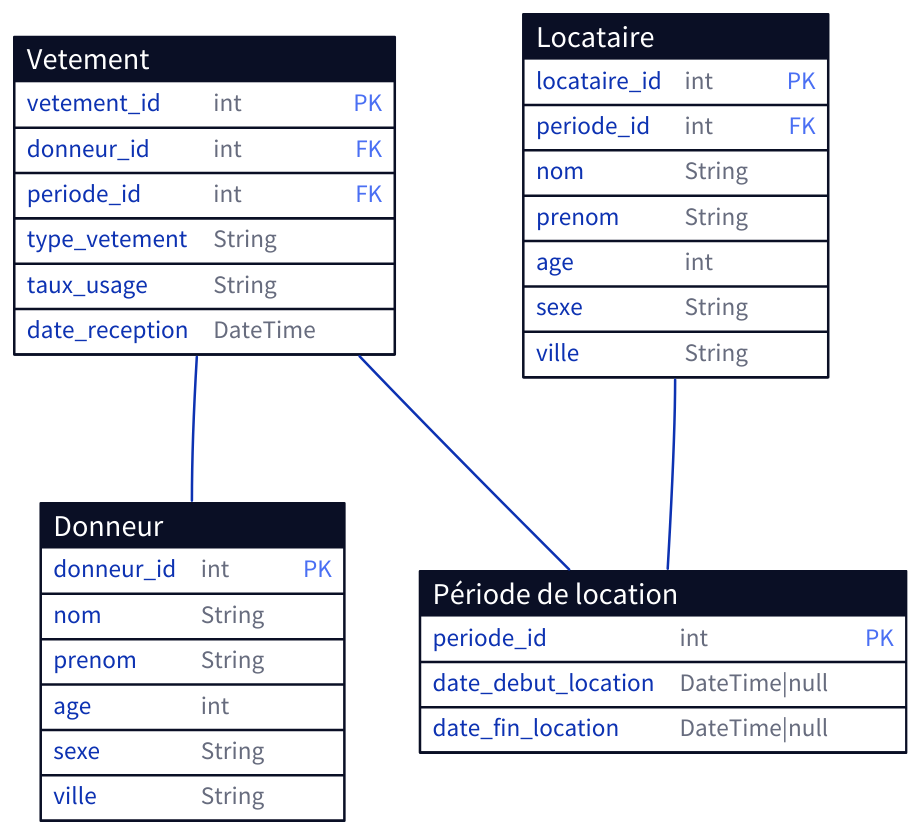
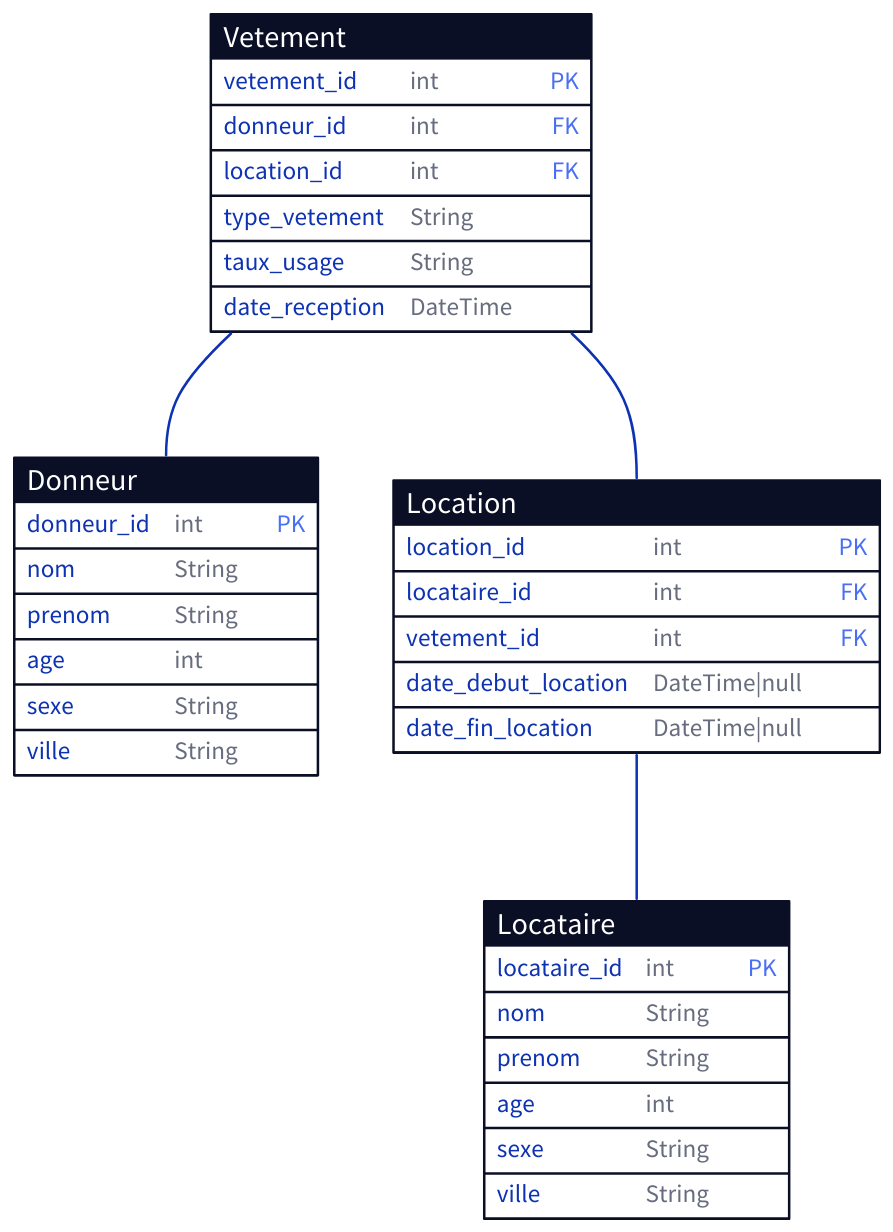
One commit to Adidooouuu/inventaire_armoire changed the diagram in location_vetement.d2. Above: the diagram before and after it, drawn with D2. The commit also changed 7 other files, not shown here.

```diff
--- a/location_vetement.d2
+++ b/location_vetement.d2
@@ -1,44 +1,44 @@
 # Location vêtements
 
 Vetement: {
   shape: sql_table
   vetement_id: int {constraint: primary_key}
   donneur_id: int {constraint: foreign_key}
-  periode_id: int {constraint: foreign_key}
+  location_id: int {constraint: foreign_key}
   type_vetement: String
   taux_usage: String
   date_reception: DateTime
 }
 
 Donneur: {
   shape: sql_table
   donneur_id: int {constraint: primary_key}
   nom: String
   prenom: String
   age: int
   sexe: String
   ville: String
 }
 
 Locataire: {
   shape: sql_table
   locataire_id: int {constraint: primary_key}
-  periode_id: int {constraint: foreign_key}
   nom: String
   prenom: String
   age: int
   sexe: String
   ville: String
 }
 
-Période de location: {
+Location: {
   shape: sql_table
-  periode_id: int {constraint: primary_key}
+  location_id: int {constraint: primary_key}
+  locataire_id: int {constraint: foreign_key}
+  vetement_id: int {constraint: foreign_key}
   date_debut_location: DateTime|null
   date_fin_location: DateTime|null
 }
 
 Vetement.donneur_id -- Donneur.donneur_id
-
-Vetement.periode_id -- Période de location.periode_id
-Locataire.periode_id -- Période de location.periode_id
+Vetement.vetement_id -- Location.vetement_id
+Location.locataire_id -- Locataire.locataire_id
```
